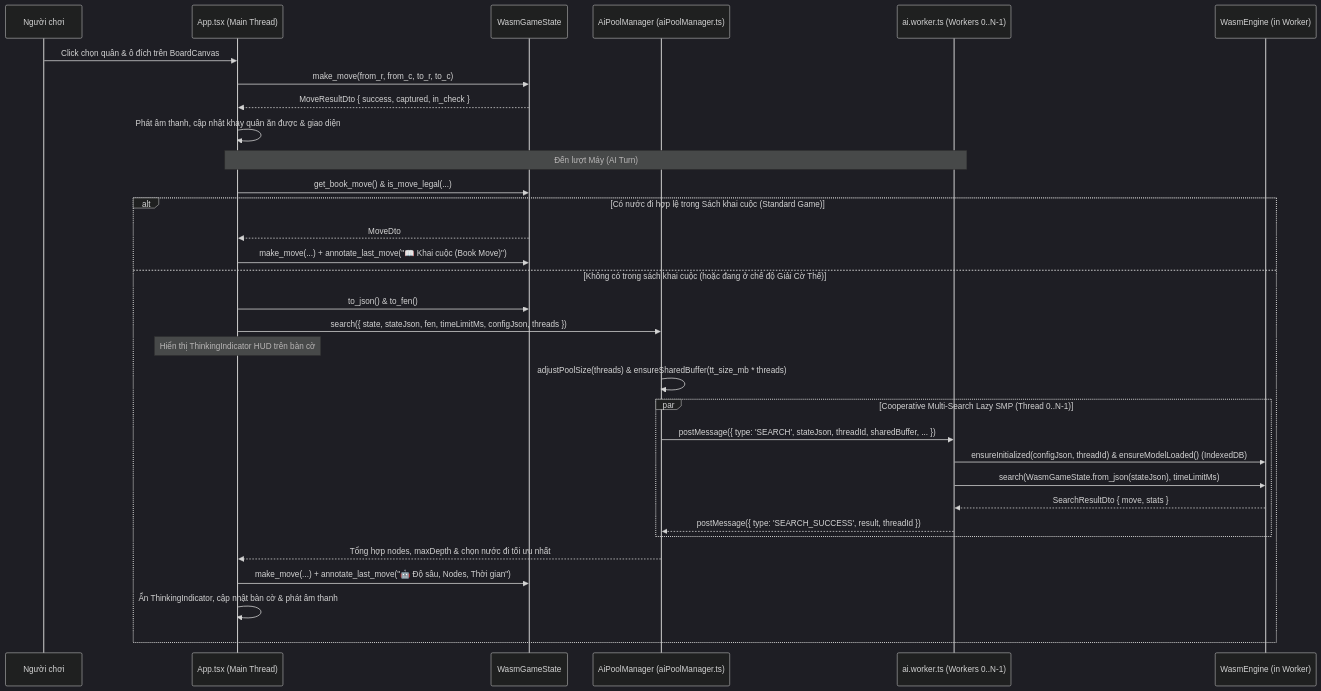
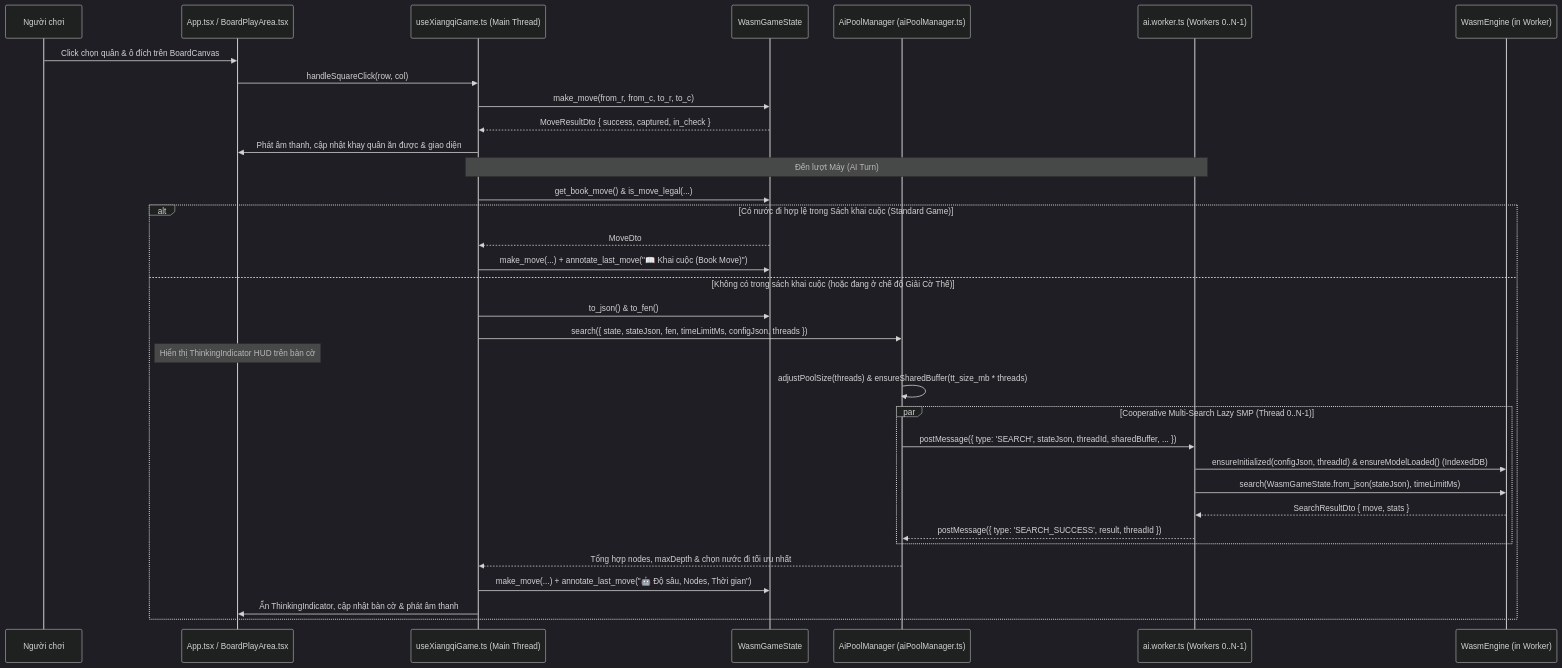
Before and after one commit to thichuong/GameCoTuong: the fifth of 5 diagrams in ARCHITECTURE.md, drawn with Mermaid (dark theme). The commit also changed other lines of this file and 26 other files, not shown here.

First line of the commit message:
refactor: modularize App.tsx and update documentation

````diff
--- a/ARCHITECTURE.md
+++ b/ARCHITECTURE.md
@@ -306,36 +335,38 @@
 ```mermaid
 sequenceDiagram
     participant User as Người chơi
-    participant App as App.tsx (Main Thread)
+    participant UI as App.tsx / BoardPlayArea.tsx
+    participant Hook as useXiangqiGame.ts (Main Thread)
     participant WGS as WasmGameState
     participant Pool as AiPoolManager (aiPoolManager.ts)
     participant Worker as ai.worker.ts (Workers 0..N-1)
     participant WE as WasmEngine (in Worker)
 
-    User->>App: Click chọn quân & ô đích trên BoardCanvas
-    App->>WGS: make_move(from_r, from_c, to_r, to_c)
-    WGS-->>App: MoveResultDto { success, captured, in_check }
-    App->>App: Phát âm thanh, cập nhật khay quân ăn được & giao diện
+    User->>UI: Click chọn quân & ô đích trên BoardCanvas
+    UI->>Hook: handleSquareClick(row, col)
+    Hook->>WGS: make_move(from_r, from_c, to_r, to_c)
+    WGS-->>Hook: MoveResultDto { success, captured, in_check }
+    Hook->>UI: Phát âm thanh, cập nhật khay quân ăn được & giao diện
 
-    Note over App,Worker: Đến lượt Máy (AI Turn)
-    App->>WGS: get_book_move() & is_move_legal(...)
+    Note over Hook,Worker: Đến lượt Máy (AI Turn)
+    Hook->>WGS: get_book_move() & is_move_legal(...)
     alt Có nước đi hợp lệ trong Sách khai cuộc (Standard Game)
-        WGS-->>App: MoveDto
-        App->>WGS: make_move(...) + annotate_last_move("📖 Khai cuộc (Book Move)")
+        WGS-->>Hook: MoveDto
+        Hook->>WGS: make_move(...) + annotate_last_move("📖 Khai cuộc (Book Move)")
     else Không có trong sách khai cuộc (hoặc đang ở chế độ Giải Cờ Thế)
-        App->>WGS: to_json() & to_fen()
-        App->>Pool: search({ state, stateJson, fen, timeLimitMs, configJson, threads })
-        Note over App: Hiển thị ThinkingIndicator HUD trên bàn cờ
+        Hook->>WGS: to_json() & to_fen()
+        Hook->>Pool: search({ state, stateJson, fen, timeLimitMs, configJson, threads })
+        Note over UI: Hiển thị ThinkingIndicator HUD trên bàn cờ
         Pool->>Pool: adjustPoolSize(threads) & ensureSharedBuffer(tt_size_mb * threads)
         par Cooperative Multi-Search Lazy SMP (Thread 0..N-1)
             Pool->>Worker: postMessage({ type: 'SEARCH', stateJson, threadId, sharedBuffer, ... })
             Worker->>WE: ensureInitialized(configJson, threadId) & ensureModelLoaded() (IndexedDB)
             Worker->>WE: search(WasmGameState.from_json(stateJson), timeLimitMs)
             WE-->>Worker: SearchResultDto { move, stats }
             Worker-->>Pool: postMessage({ type: 'SEARCH_SUCCESS', result, threadId })
         end
-        Pool-->>App: Tổng hợp nodes, maxDepth & chọn nước đi tối ưu nhất
-        App->>WGS: make_move(...) + annotate_last_move("🤖 Độ sâu, Nodes, Thời gian")
-        App->>App: Ẩn ThinkingIndicator, cập nhật bàn cờ & phát âm thanh
+        Pool-->>Hook: Tổng hợp nodes, maxDepth & chọn nước đi tối ưu nhất
+        Hook->>WGS: make_move(...) + annotate_last_move("🤖 Độ sâu, Nodes, Thời gian")
+        Hook->>UI: Ẩn ThinkingIndicator, cập nhật bàn cờ & phát âm thanh
     end
 ```
````
